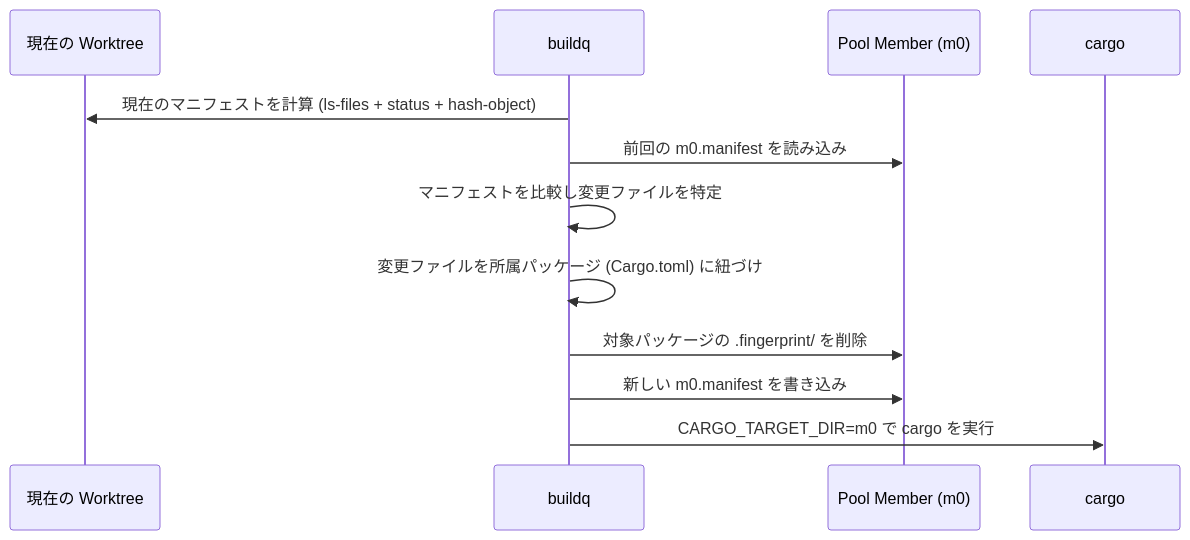
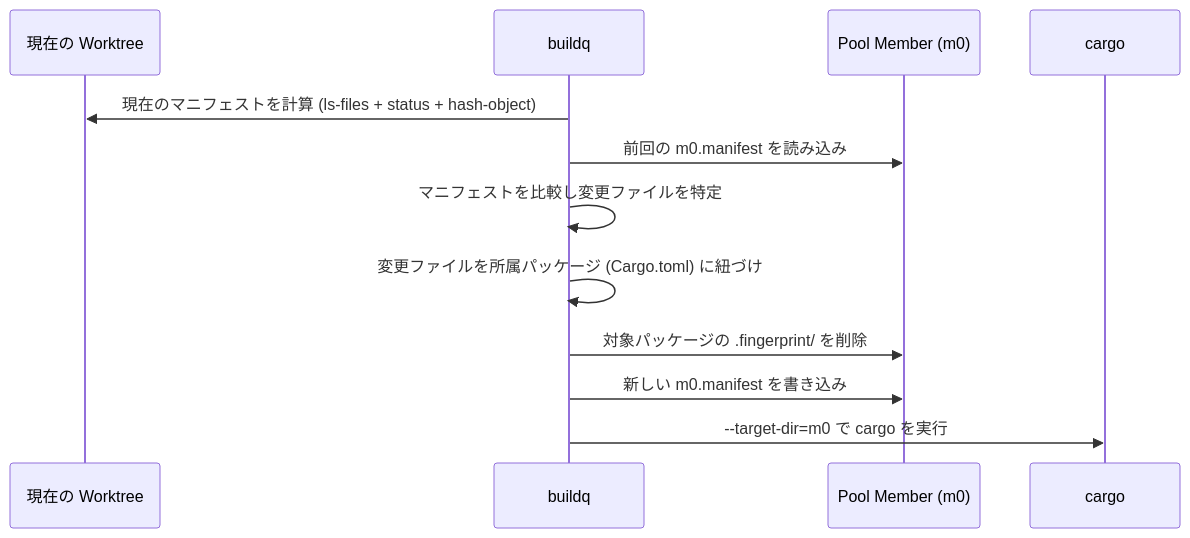
One commit to r4ai/buildq changed the second of 2 diagrams in docs/architecture.ja.md. Above: the diagram before and after it, drawn with Mermaid. The commit also changed other lines of this file and 11 other files, not shown here.

````diff
--- a/docs/architecture.ja.md
+++ b/docs/architecture.ja.md
@@ -124,15 +141,15 @@
 ```mermaid
 sequenceDiagram
     participant WT as 現在の Worktree
     participant BQ as buildq
     participant Mem as Pool Member (m0)
     participant Cargo as cargo
 
     BQ->>WT: 現在のマニフェストを計算 (ls-files + status + hash-object)
     BQ->>Mem: 前回の m0.manifest を読み込み
     BQ->>BQ: マニフェストを比較し変更ファイルを特定
     BQ->>BQ: 変更ファイルを所属パッケージ (Cargo.toml) に紐づけ
     BQ->>Mem: 対象パッケージの .fingerprint/ を削除
     BQ->>Mem: 新しい m0.manifest を書き込み
-    BQ->>Cargo: CARGO_TARGET_DIR=m0 で cargo を実行
+    BQ->>Cargo: --target-dir=m0 で cargo を実行
 ```
````
